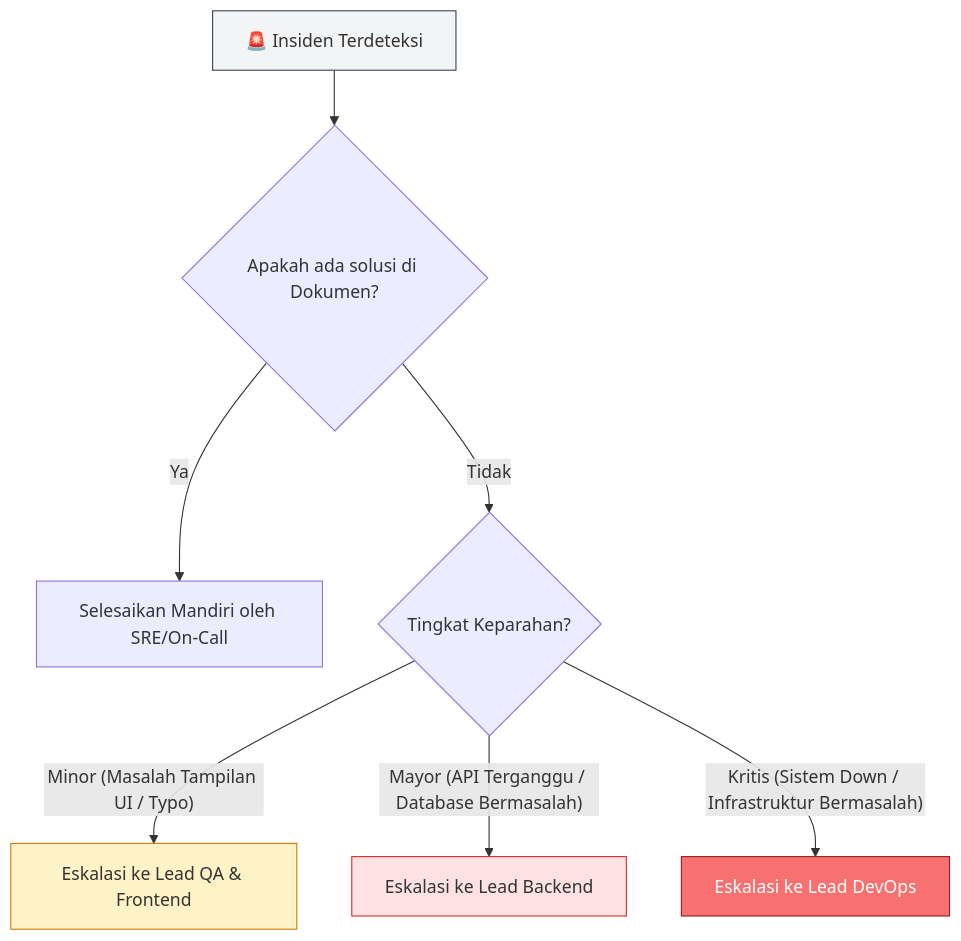
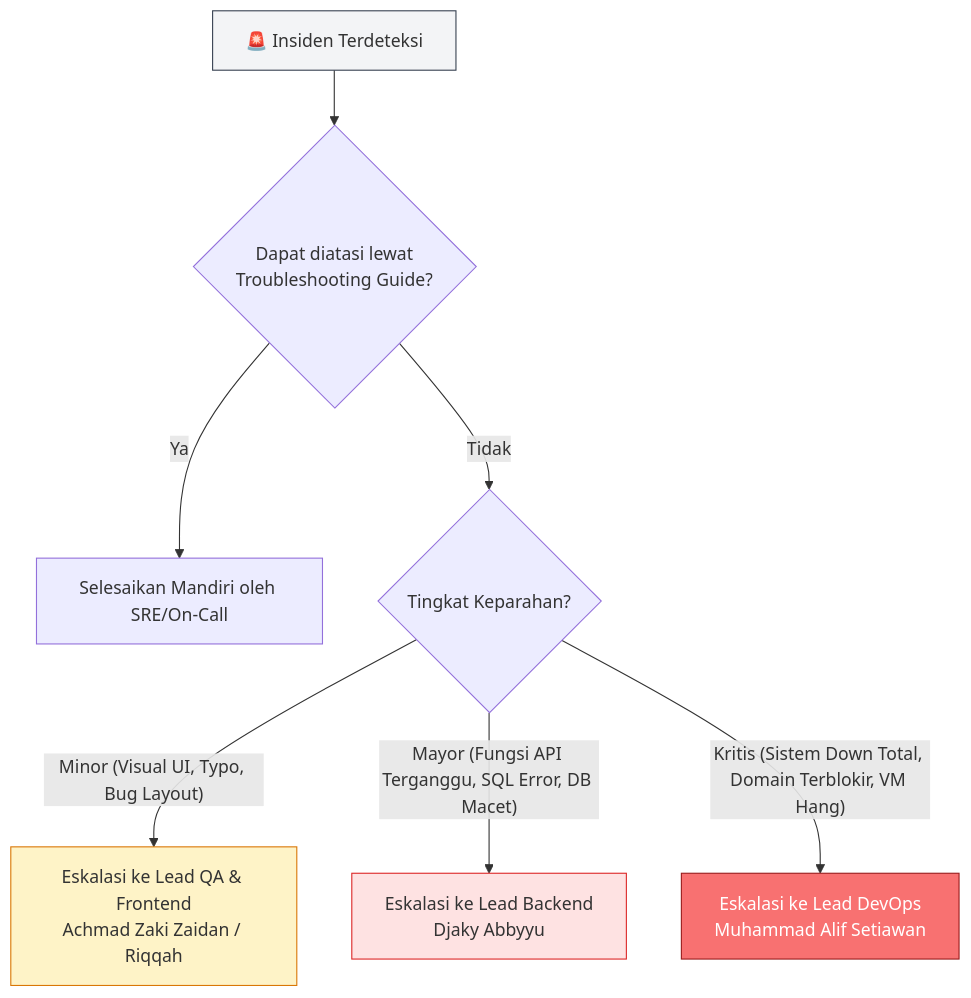
Before and after one commit to aidilsaputrakirsan-classroom/cc-kelompok-harahetta-2: the diagram in docs/operations-guide.md, drawn with Mermaid. The commit also changed other lines of this file, not shown here.

First line of the commit message:
Update operations-guide.md

````diff
--- a/docs/operations-guide.md
+++ b/docs/operations-guide.md
@@ -447,15 +234,15 @@
 ```mermaid
 flowchart TD
-    A[🚨 Insiden Terdeteksi] --> B{Apakah ada solusi di Dokumen?}
+    A[🚨 Insiden Terdeteksi] --> B{Dapat diatasi lewat\nTroubleshooting Guide?}
     B -- Ya --> C[Selesaikan Mandiri oleh SRE/On-Call]
     B -- Tidak --> D{Tingkat Keparahan?}
 
-    D -- "Minor (Masalah Tampilan UI / Typo)" --> E[Eskalasi ke Lead QA & Frontend]
-    D -- "Mayor (API Terganggu / Database Bermasalah)" --> F[Eskalasi ke Lead Backend]
-    D -- "Kritis (Sistem Down / Infrastruktur Bermasalah)" --> G[Eskalasi ke Lead DevOps]
+    D -- "Minor (Visual UI, Typo, Bug Layout)" --> E[Eskalasi ke Lead QA & Frontend\nAchmad Zaki Zaidan / Riqqah]
+    D -- "Mayor (Fungsi API Terganggu, SQL Error, DB Macet)" --> F[Eskalasi ke Lead Backend\nDjaky Abbyyu]
+    D -- "Kritis (Sistem Down Total, Domain Terblokir, VM Hang)" --> G[Eskalasi ke Lead DevOps\nMuhammad Alif Setiawan]
 
     style A fill:#f3f4f6,stroke:#374151
     style E fill:#fef3c7,stroke:#d97706
     style F fill:#fee2e2,stroke:#dc2626
     style G fill:#f87171,stroke:#991b1b,color:#fff
 ```
````
